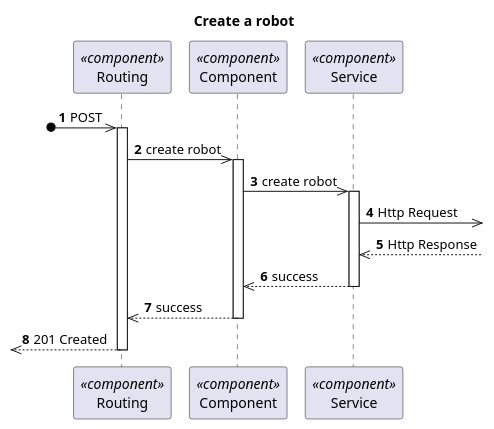
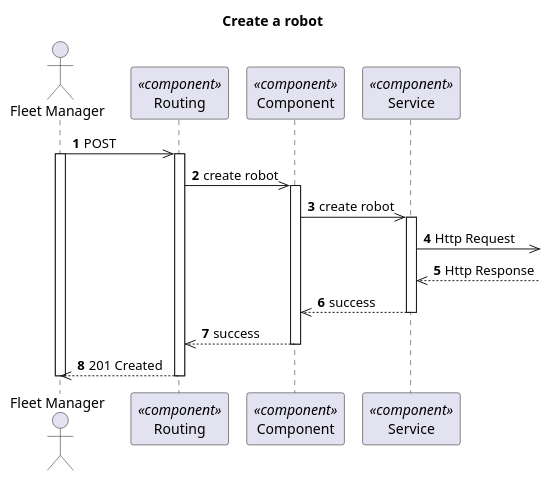
Before and after one commit to 1210910/lapr5: the diagram in docs/VistaProcesso/US360(1010)/Visualization/ProcessView_Level3_US1010.puml, drawn with PlantUML. The commit also changed 14 other files, not shown here.

Commit message:
Fixed diagrams (actor)

```diff
--- a/docs/VistaProcesso/US360(1010)/Visualization/ProcessView_Level3_US1010.puml
+++ b/docs/VistaProcesso/US360(1010)/Visualization/ProcessView_Level3_US1010.puml
@@ -1,32 +1,35 @@
 @startuml Process View - Level 3 - Create a robot
 
 autonumber
 skinparam packageStyle rect
 
 title Create a robot
 
+actor "Fleet Manager" as FM
 participant "Routing" as routing <<component>>
 participant "Component" as comp <<component>>
 participant "Service" as service <<component>>
 
-?o->> routing : POST
+FM->> routing : POST
+activate FM
 activate routing
 routing ->> comp : create robot
 
 activate comp
 comp ->> service : create robot
 
 activate service
 service ->> : Http Request
 service <<-- : Http Response
 
 service -->> comp : success
 deactivate service
 
 comp -->> routing : success
 deactivate comp
 
-?o<<-- routing : 201 Created
+FM<<-- routing : 201 Created
 deactivate routing
+deactivate FM
 
 @enduml
```
